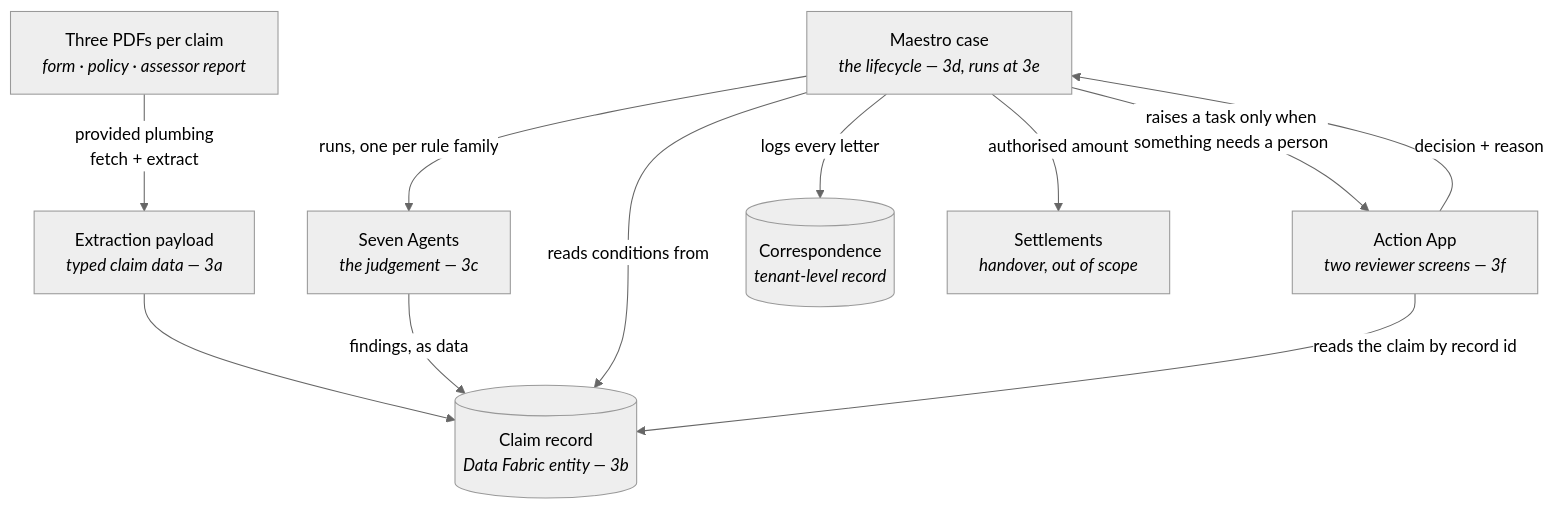
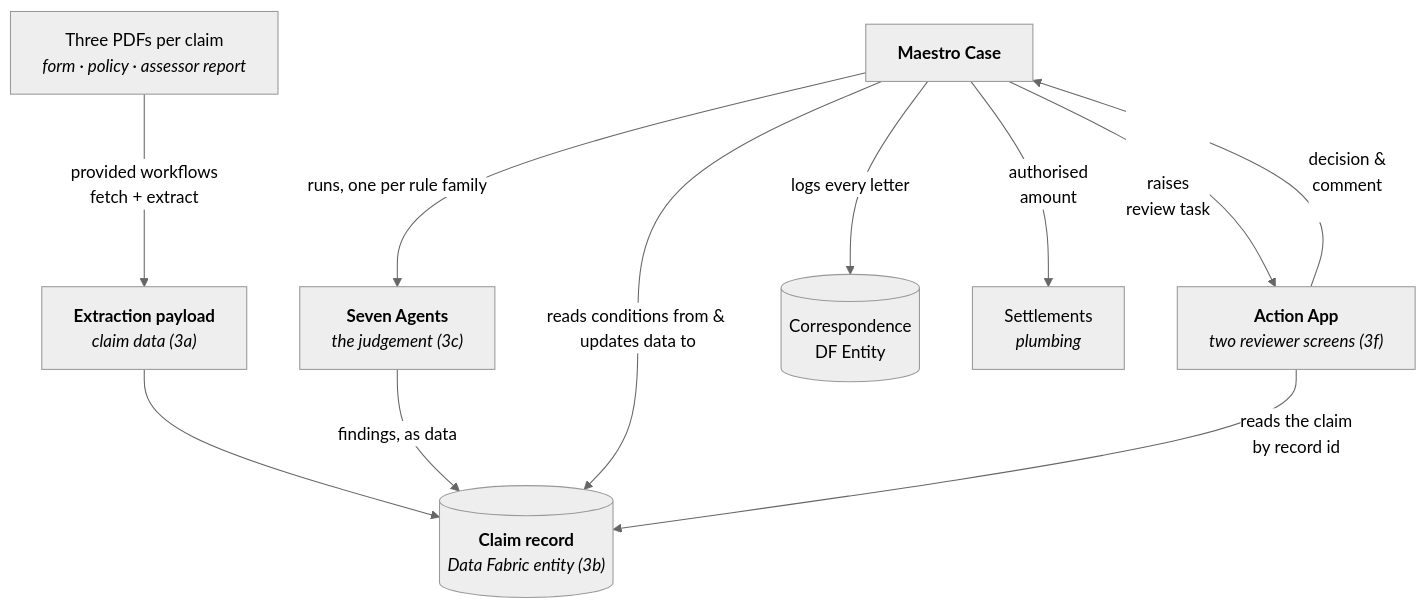
One commit to uipath-practice/ClaimCaseWorkshop changed the second of 2 diagrams in docs/plan/5-architecture-overview.md. Above: the diagram before and after it, drawn with Mermaid (neutral theme). The commit also changed other lines of this file and 21 other files, not shown here.

````diff
--- a/docs/plan/5-architecture-overview.md
+++ b/docs/plan/5-architecture-overview.md
@@ -18,13 +18,13 @@
 ```mermaid
 flowchart TD
-  DOCS["Three PDFs per claim<br/><i>form · policy · assessor report</i>"] -->|"provided plumbing<br/>fetch + extract"| PAY["Extraction payload<br/><i>typed claim data — 3a</i>"]
-  PAY --> REC[("Claim record<br/><i>Data Fabric entity — 3b</i>")]
-  CASE["Maestro case<br/><i>the lifecycle — 3d, runs at 3e</i>"] -->|"runs, one per rule family"| AGENTS["Seven Agents<br/><i>the judgement — 3c</i>"]
+  DOCS["Three PDFs per claim<br/><i>form · policy · assessor report</i>"] -->|"provided workflows<br/>fetch + extract"| PAY["<b>Extraction payload</b><br/><i>claim data (3a)</i>"]
+  PAY --> REC[("<b>Claim record</b><br/><i>Data Fabric entity (3b)</i>")]
+  CASE["<b>Maestro Case</b>"] -->|"runs, one per rule family"| AGENTS["<b>Seven Agents</b><br/><i>the judgement (3c)</i>"]
   AGENTS -->|"findings, as data"| REC
-  CASE -->|"reads conditions from"| REC
-  CASE -->|"raises a task only when<br/>something needs a person"| APP["Action App<br/><i>two reviewer screens — 3f</i>"]
-  APP -->|"decision + reason"| CASE
-  APP -->|"reads the claim by record id"| REC
-  CASE -->|"logs every letter"| CORR[("Correspondence<br/><i>tenant-level record</i>")]
-  CASE -->|"authorised amount"| SET["Settlements<br/><i>handover, out of scope</i>"]
+  CASE -->|"reads conditions from & updates data to"| REC
+  CASE -->|"<br><br><br>raises <br>review task"| APP["<b>Action App</b><br/><i>two reviewer screens (3f)</i>"]
+  APP -->|"decision & <br> comment<br><br>"| CASE
+  APP -->|"reads the claim <br>by record id"| REC
+  CASE -->|"logs every letter"| CORR[("Correspondence<br/>DF Entity")]
+  CASE -->|"authorised<br>amount"| SET["Settlements<br/><i>plumbing</i>"]
 ```
````
